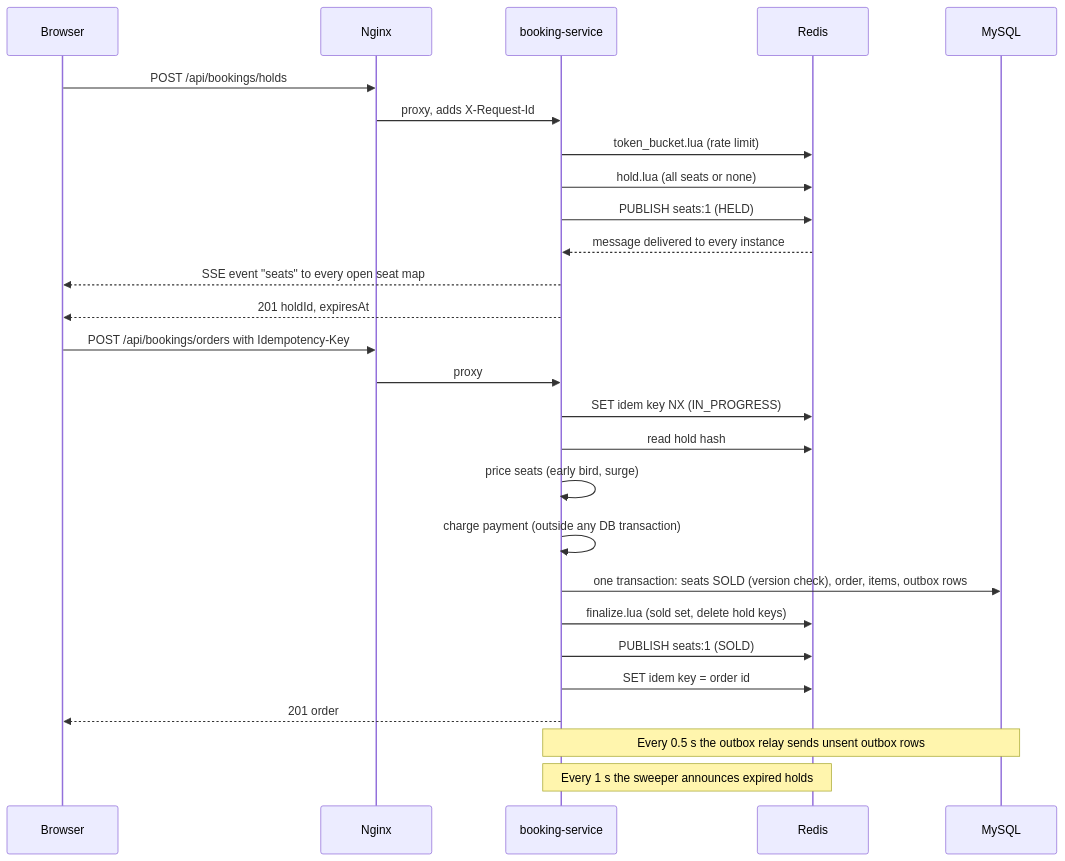
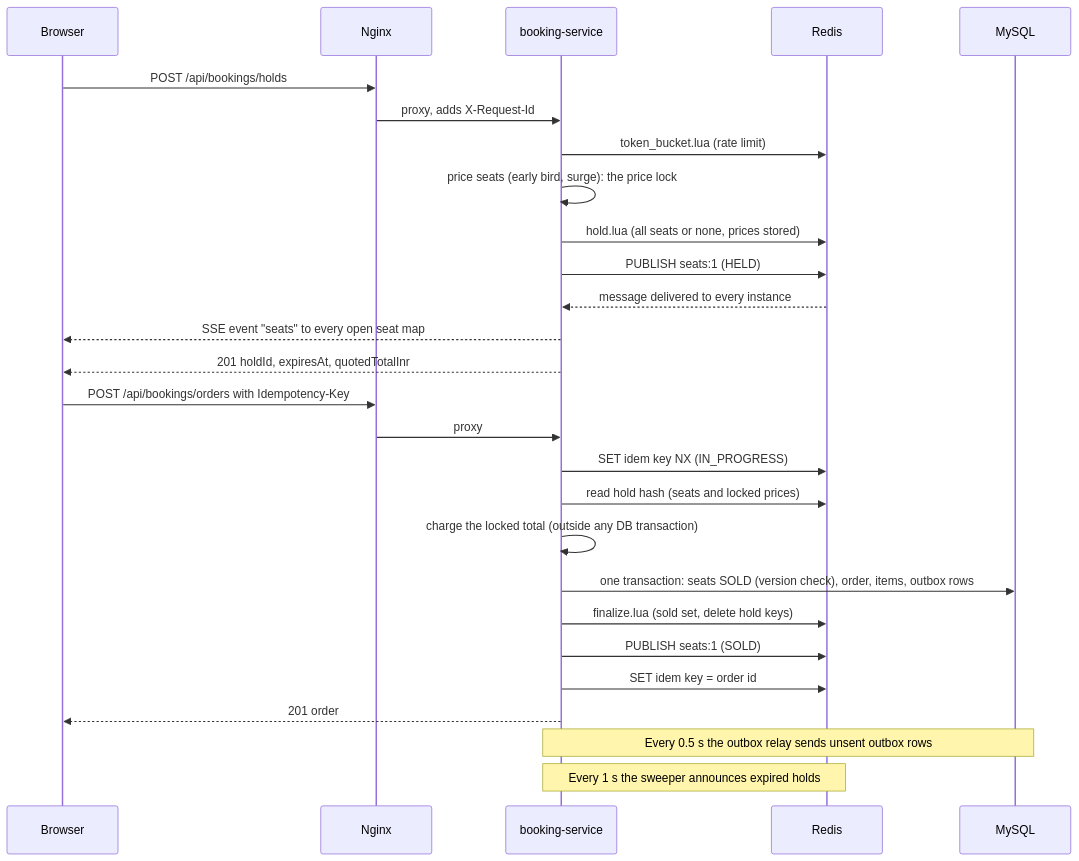
The second of 2 diagrams in LEARN.md (LovjyotSingh/surge), drawn with Mermaid before and after one commit. The commit also changed other lines of this file and 1 other file, not shown here.

First line of the commit message:
docs: price lock, error format, localhost ports, re-runnable load test

````diff
--- a/LEARN.md
+++ b/LEARN.md
@@ -132,29 +134,29 @@
 ```mermaid
 sequenceDiagram
     participant B as Browser
     participant N as Nginx
     participant S as booking-service
     participant R as Redis
     participant M as MySQL
     B->>N: POST /api/bookings/holds
     N->>S: proxy, adds X-Request-Id
     S->>R: token_bucket.lua (rate limit)
-    S->>R: hold.lua (all seats or none)
+    S->>S: price seats (early bird, surge): the price lock
+    S->>R: hold.lua (all seats or none, prices stored)
     S->>R: PUBLISH seats:1 (HELD)
     R-->>S: message delivered to every instance
     S-->>B: SSE event "seats" to every open seat map
-    S-->>B: 201 holdId, expiresAt
+    S-->>B: 201 holdId, expiresAt, quotedTotalInr
     B->>N: POST /api/bookings/orders with Idempotency-Key
     N->>S: proxy
     S->>R: SET idem key NX (IN_PROGRESS)
-    S->>R: read hold hash
-    S->>S: price seats (early bird, surge)
-    S->>S: charge payment (outside any DB transaction)
+    S->>R: read hold hash (seats and locked prices)
+    S->>S: charge the locked total (outside any DB transaction)
     S->>M: one transaction: seats SOLD (version check), order, items, outbox rows
     S->>R: finalize.lua (sold set, delete hold keys)
     S->>R: PUBLISH seats:1 (SOLD)
     S->>R: SET idem key = order id
     S-->>B: 201 order
     Note over S,M: Every 0.5 s the outbox relay sends unsent outbox rows
     Note over S,R: Every 1 s the sweeper announces expired holds
 ```
````
